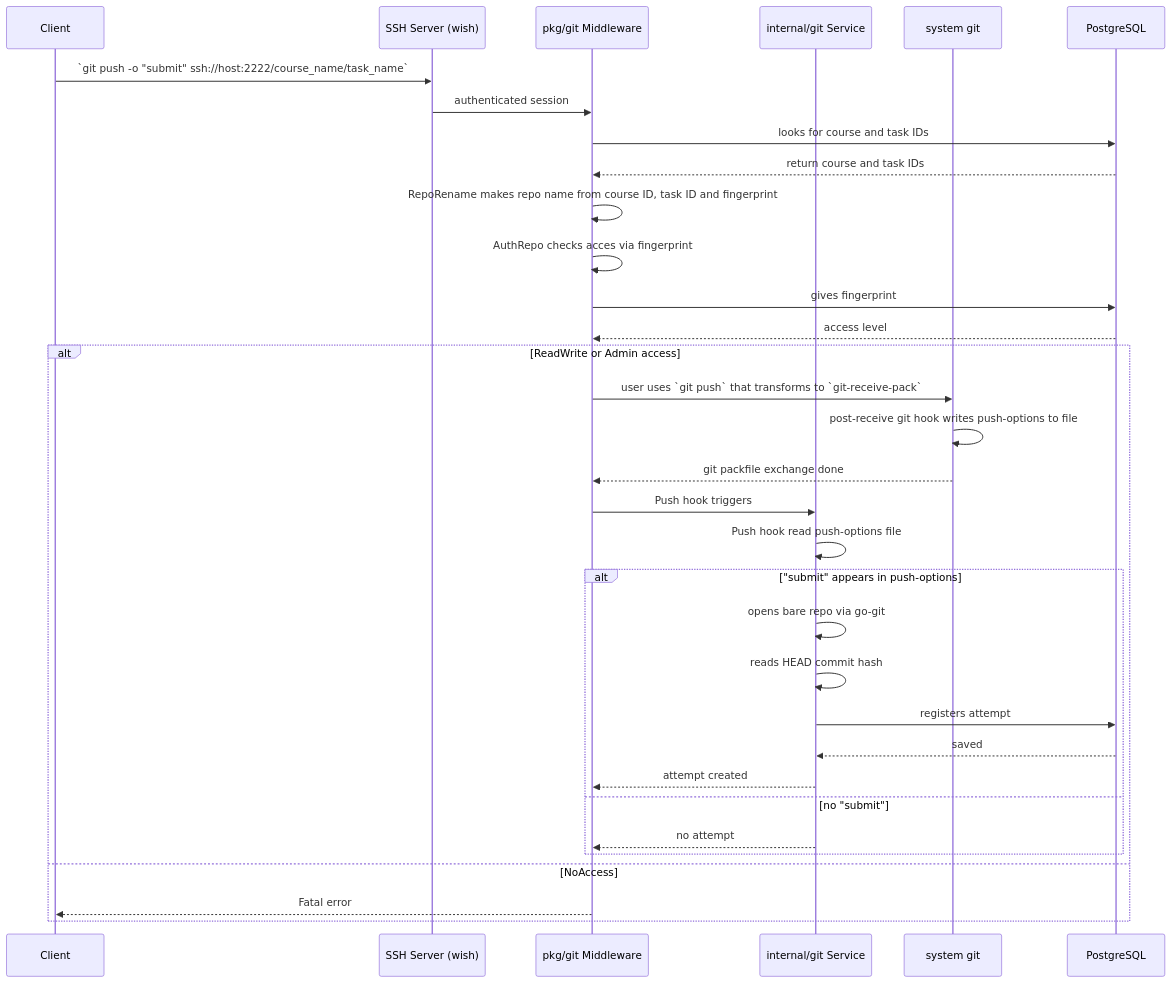
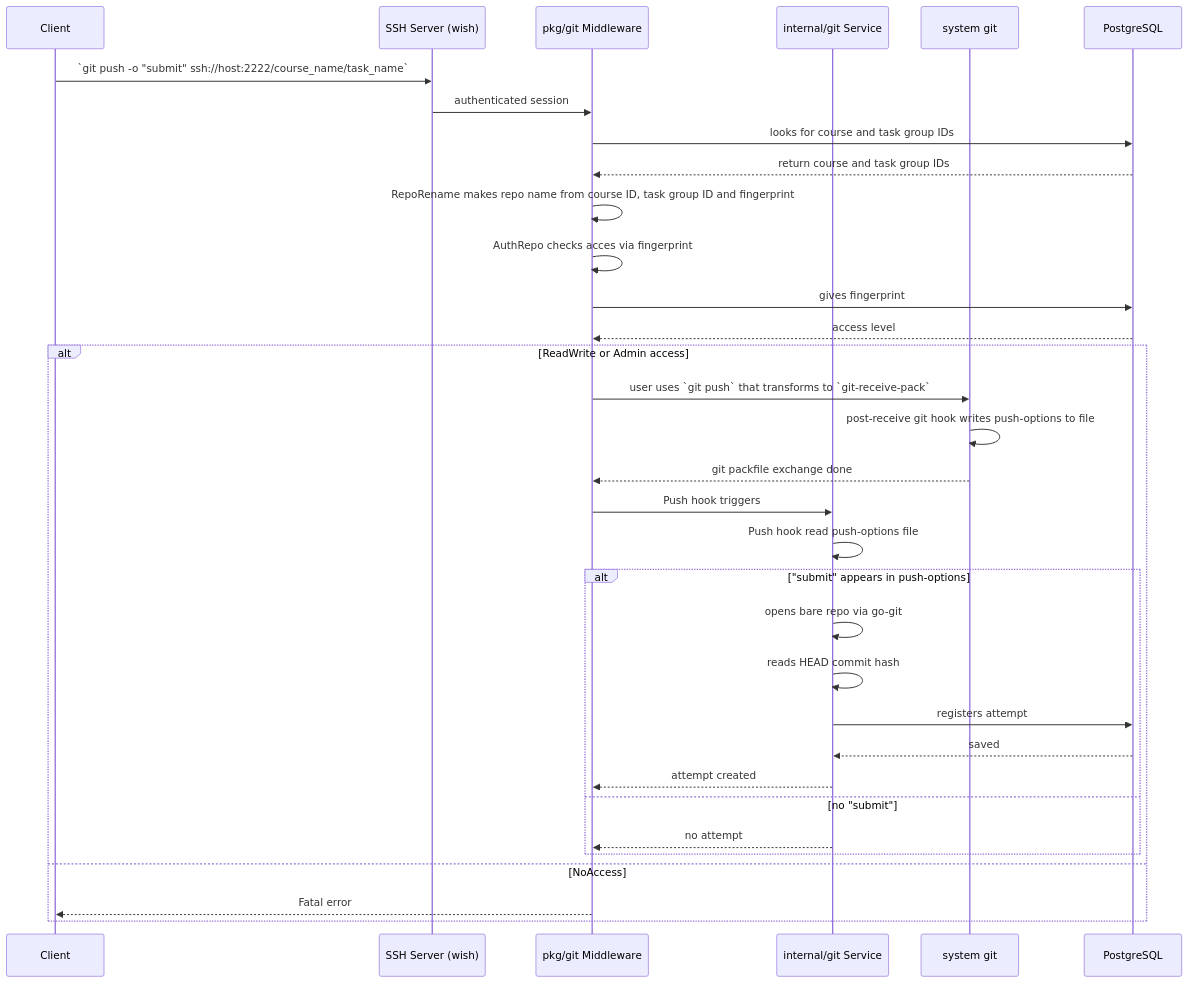
Before and after one commit to dsc-sgu/mm-backend: the first of 2 diagrams in internal/git/README.md, drawn with Mermaid. The commit also changed other lines of this file and 1 other file, not shown here.

Commit message:
feat: update READMEs

````diff
--- a/internal/git/README.md
+++ b/internal/git/README.md
@@ -9,36 +9,36 @@
 ```mermaid
 sequenceDiagram
     participant C as Client
     participant SSH as SSH Server (wish)
     participant MW as pkg/git Middleware
     participant Svc as internal/git Service
     participant Git as system git
     participant DB as PostgreSQL
 
     C->>SSH: `git push -o "submit" ssh://host:2222/course_name/task_name`
     SSH->>MW: authenticated session
-    MW->>DB: looks for course and task IDs
-    DB-->>MW: return course and task IDs
-    MW->>MW: RepoRename makes repo name from course ID, task ID and fingerprint
+    MW->>DB: looks for course and task group IDs
+    DB-->>MW: return course and task group IDs
+    MW->>MW: RepoRename makes repo name from course ID, task group ID and fingerprint
     MW->>MW: AuthRepo checks acces via fingerprint
     MW->>DB: gives fingerprint     
     DB-->>MW: access level
     alt ReadWrite or Admin access
         MW->>Git: user uses `git push` that transforms to `git-receive-pack`    
         Git->>Git: post-receive git hook writes push-options to file
         Git-->>MW: git packfile exchange done
         MW->>Svc: Push hook triggers
         Svc->>Svc: Push hook read push-options file
         alt "submit" appears in push-options
             Svc->>Svc: opens bare repo via go-git
             Svc->>Svc: reads HEAD commit hash
             Svc->>DB: registers attempt
             DB-->>Svc: saved
             Svc-->>MW: attempt created
         else no "submit"
             Svc-->>MW: no attempt
         end
     else NoAccess
         MW-->>C: Fatal error
     end
 ```
````
